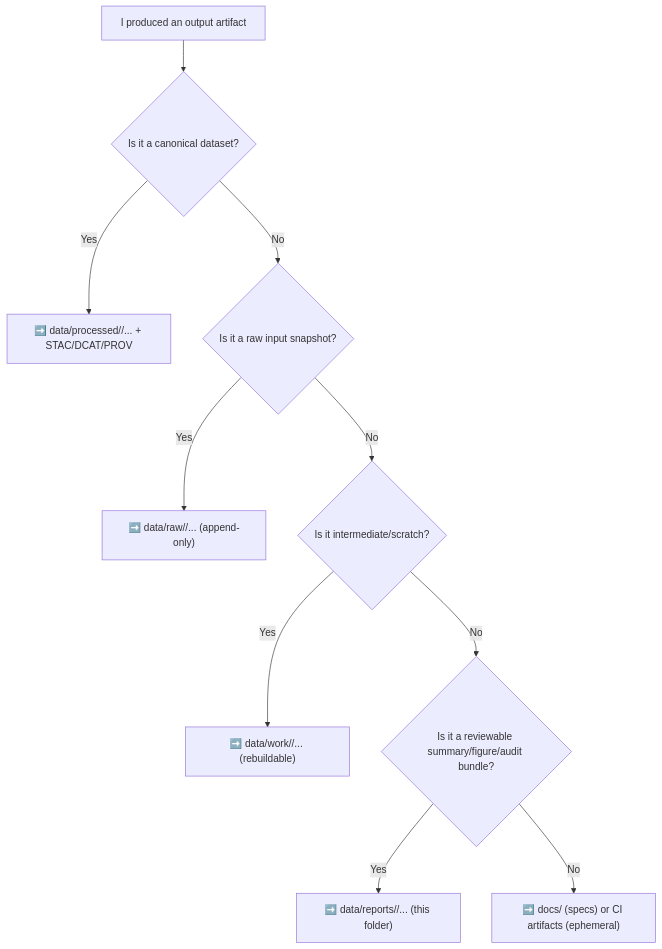
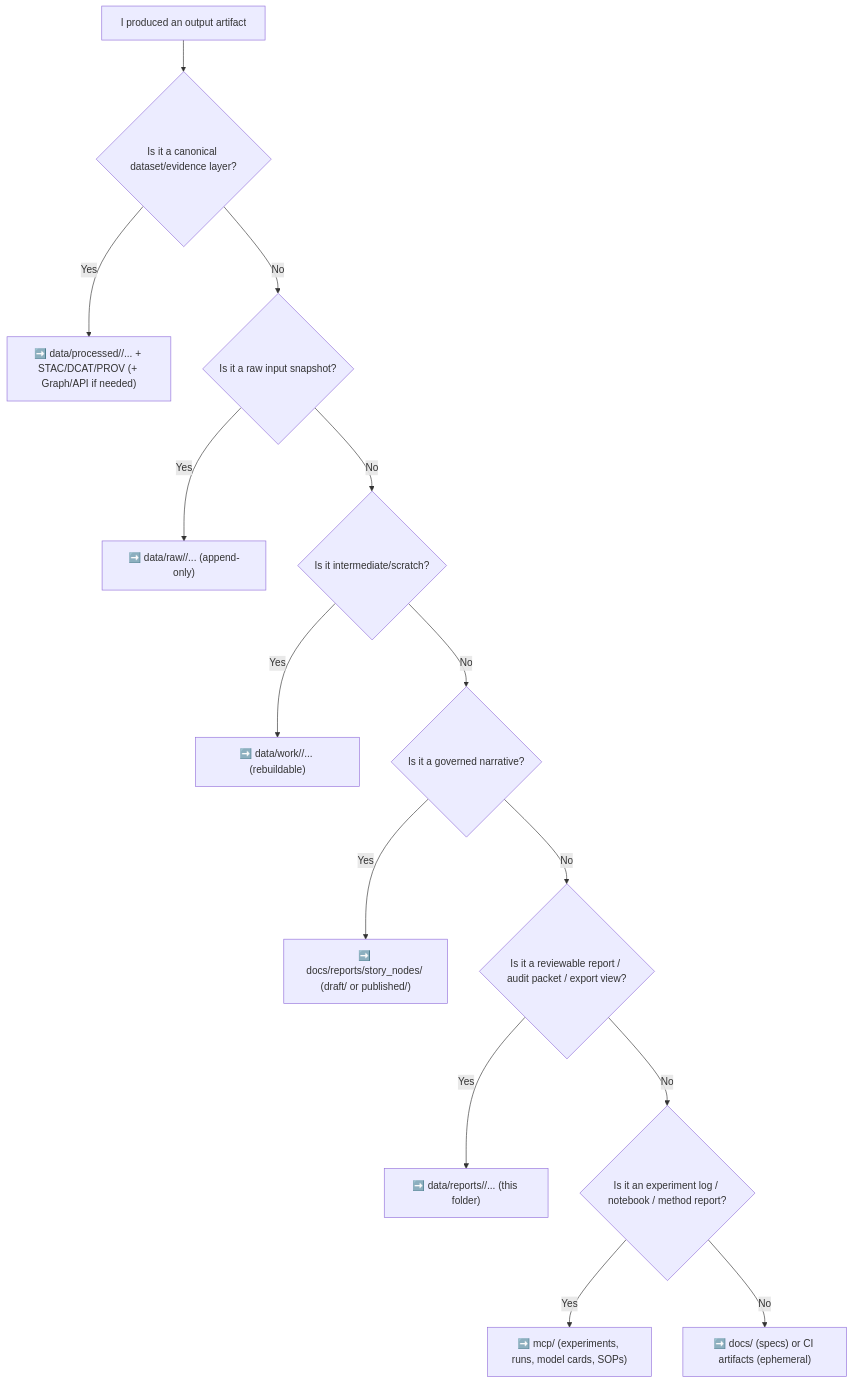
The second of 2 diagrams in data/reports/README.md (bartytime4life/Kansas-Frontier-Matrix), drawn with Mermaid before and after one commit. The commit also changed other lines of this file, not shown here.

````diff
--- a/data/reports/README.md
+++ b/data/reports/README.md
@@ -140,12 +174,16 @@
 ```mermaid
 flowchart TB
-  A["I produced an output artifact"] --> B{Is it a canonical dataset?}
-  B -->|Yes| C["➡️ data/processed/<domain>/... + STAC/DCAT/PROV"]
+  A["I produced an output artifact"] --> B{Is it a canonical dataset/evidence layer?}
+  B -->|Yes| C["➡️ data/processed/<domain>/... + STAC/DCAT/PROV (+ Graph/API if needed)"]
   B -->|No| D{Is it a raw input snapshot?}
   D -->|Yes| E["➡️ data/raw/<domain>/... (append-only)"]
   D -->|No| F{Is it intermediate/scratch?}
   F -->|Yes| G["➡️ data/work/<domain>/... (rebuildable)"]
-  F -->|No| H{Is it a reviewable summary/figure/audit bundle?}
-  H -->|Yes| I["➡️ data/reports/<domain>/... (this folder)"]
-  H -->|No| J["➡️ docs/ (specs) or CI artifacts (ephemeral)"]
+  F -->|No| H{Is it a governed narrative?}
+  H -->|Yes| H2["➡️ docs/reports/story_nodes/ (draft/ or published/)"]
+  H -->|No| I{Is it a reviewable report / audit packet / export view?}
+  I -->|Yes| J["➡️ data/reports/<domain>/... (this folder)"]
+  I -->|No| K{Is it an experiment log / notebook / method report?}
+  K -->|Yes| L["➡️ mcp/ (experiments, runs, model cards, SOPs)"]
+  K -->|No| M["➡️ docs/ (specs) or CI artifacts (ephemeral)"]
 ```
````
